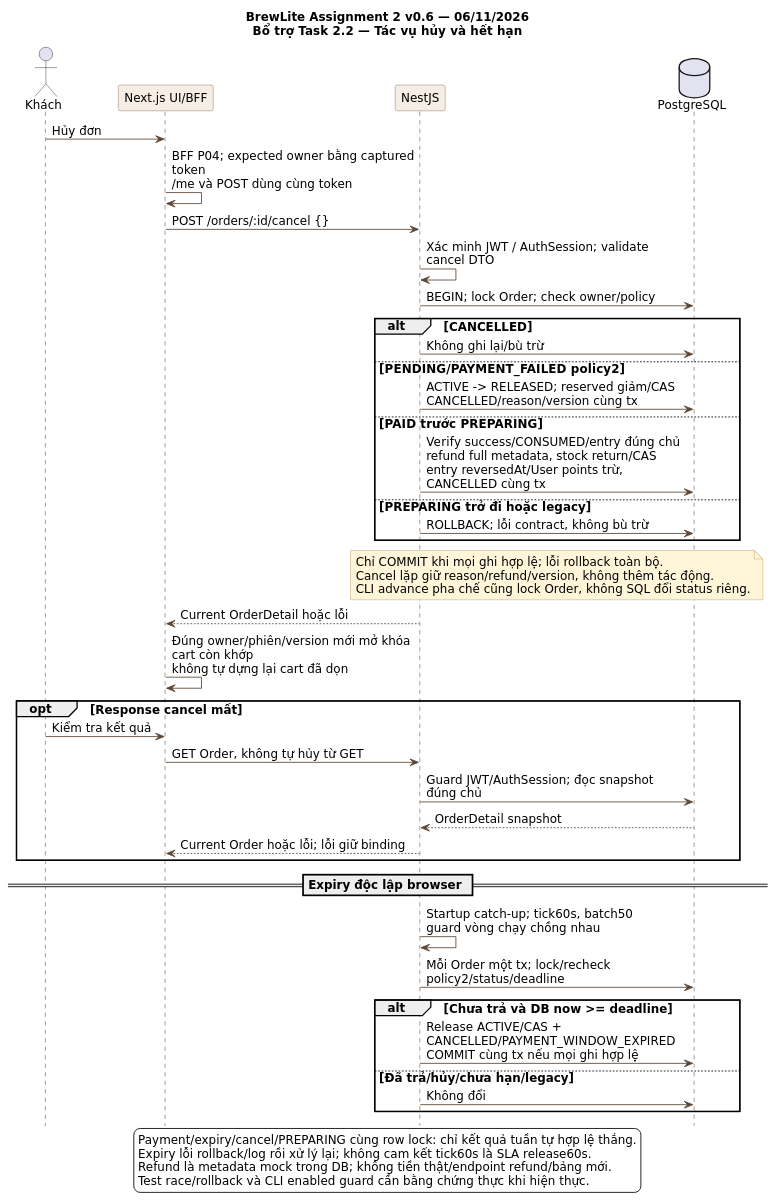
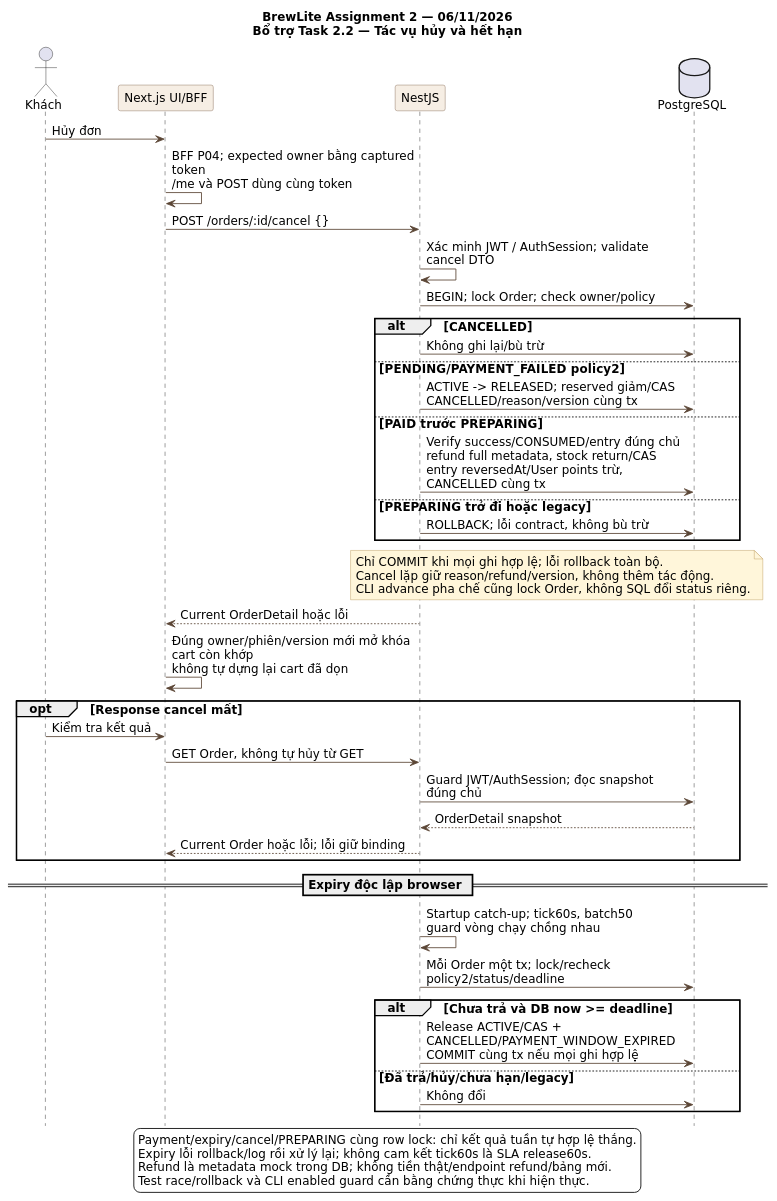
Before and after one commit to giabaot400-boop/BrewLite: the third of 3 diagrams in docs/diagrams/sequence-checkout.puml, drawn with PlantUML. The commit also changed other lines of this file and 49 other files, not shown here.

```diff
--- a/docs/diagrams/sequence-checkout.puml
+++ b/docs/diagrams/sequence-checkout.puml
@@ -222,61 +222,61 @@
 @startuml sequence-checkout-cancel-expiry
-title BrewLite Assignment 2 v0.6 — 06/11/2026\nBổ trợ Task 2.2 — Tác vụ hủy và hết hạn
+title BrewLite Assignment 2 — 06/11/2026\nBổ trợ Task 2.2 — Tác vụ hủy và hết hạn
 skinparam defaultFontName DejaVu Sans
 skinparam defaultFontSize 14
 skinparam shadowing false
 skinparam backgroundColor #FFFFFF
 skinparam ArrowColor #5B4636
 skinparam noteBackgroundColor #FFF6DA
 skinparam noteBorderColor #B89551
 hide footbox
 skinparam sequenceParticipantBackgroundColor #F6EEE4
 skinparam sequenceParticipantBorderColor #80644F
 skinparam maxMessageSize 300
 skinparam ParticipantPadding 14
 actor Khách as K
 participant "Next.js UI/BFF" as UI
 participant NestJS as API
 database PostgreSQL as DB
 K -> UI : Hủy đơn
 UI -> UI : BFF P04; expected owner bằng captured token\n/me và POST dùng cùng token
 UI -> API : POST /orders/:id/cancel {}
 API -> API : Xác minh JWT / AuthSession; validate cancel DTO
 API -> DB : BEGIN; lock Order; check owner/policy
 alt CANCELLED
  API -> DB : Không ghi lại/bù trừ
 else PENDING/PAYMENT_FAILED policy2
  API -> DB : ACTIVE -> RELEASED; reserved giảm/CAS\nCANCELLED/reason/version cùng tx
 else PAID trước PREPARING
  API -> DB : Verify success/CONSUMED/entry đúng chủ\nrefund full metadata, stock return/CAS\nentry reversedAt/User points trừ, CANCELLED cùng tx
 else PREPARING trở đi hoặc legacy
  API -> DB : ROLLBACK; lỗi contract, không bù trừ
 end
 note over API,DB
  Chỉ COMMIT khi mọi ghi hợp lệ; lỗi rollback toàn bộ.
  Cancel lặp giữ reason/refund/version, không thêm tác động.
  CLI advance pha chế cũng lock Order, không SQL đổi status riêng.
 end note
 API --> UI : Current OrderDetail hoặc lỗi
 UI -> UI : Đúng owner/phiên/version mới mở khóa cart còn khớp\nkhông tự dựng lại cart đã dọn
 opt Response cancel mất
  K -> UI : Kiểm tra kết quả
  UI -> API : GET Order, không tự hủy từ GET
  API -> DB : Guard JWT/AuthSession; đọc snapshot đúng chủ
  DB --> API : OrderDetail snapshot
  API --> UI : Current Order hoặc lỗi; lỗi giữ binding
 end
 == Expiry độc lập browser ==
 API -> API : Startup catch-up; tick60s, batch50\nguard vòng chạy chồng nhau
 API -> DB : Mỗi Order một tx; lock/recheck policy2/status/deadline
 alt Chưa trả và DB now >= deadline
  API -> DB : Release ACTIVE/CAS + CANCELLED/PAYMENT_WINDOW_EXPIRED\nCOMMIT cùng tx nếu mọi ghi hợp lệ
 else Đã trả/hủy/chưa hạn/legacy
  API -> DB : Không đổi
 end
 legend bottom
   Payment/expiry/cancel/PREPARING cùng row lock: chỉ kết quả tuần tự hợp lệ thắng.
   Expiry lỗi rollback/log rồi xử lý lại; không cam kết tick60s là SLA release60s.
   Refund là metadata mock trong DB; không tiền thật/endpoint refund/bảng mới.
   Test race/rollback và CLI enabled guard cần bằng chứng thực khi hiện thực.
 endlegend
 @enduml
```
